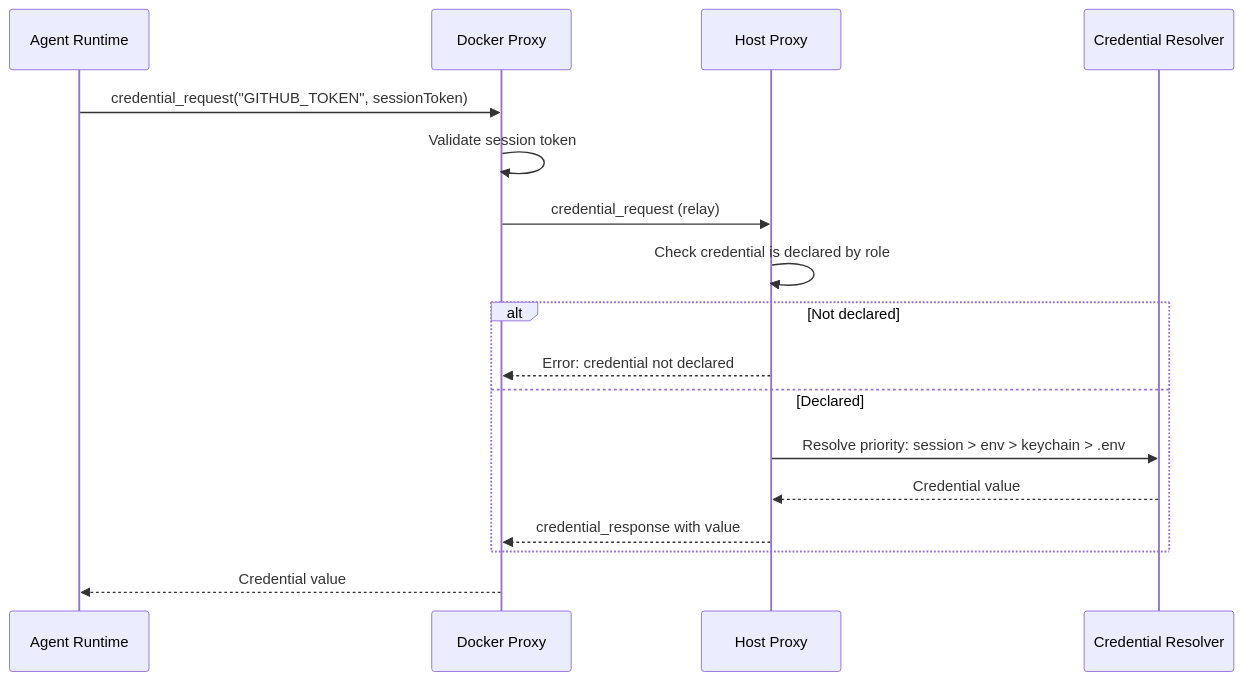
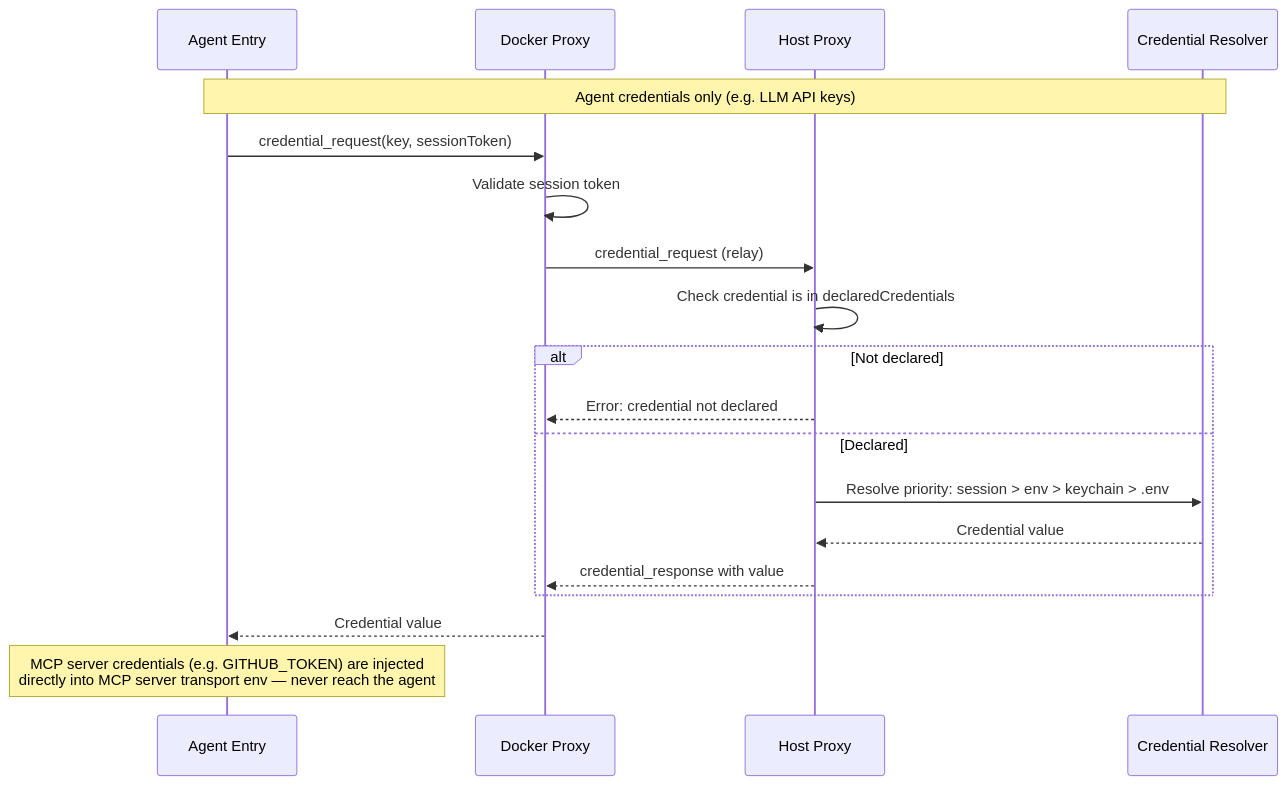
One commit to clawmasons/mason changed the sixth of 7 diagrams in docs/architecture.md. Above: the diagram before and after it, drawn with Mermaid. The commit also changed other lines of this file and 1 other file, not shown here.

Commit message:
update architecture

````diff
--- a/docs/architecture.md
+++ b/docs/architecture.md
@@ -124,23 +163,27 @@
 ```mermaid
 sequenceDiagram
-    participant Agent as Agent Runtime
+    participant AE as Agent Entry
     participant Proxy as Docker Proxy
     participant HP as Host Proxy
     participant Resolver as Credential Resolver
 
-    Agent->>Proxy: credential_request("GITHUB_TOKEN", sessionToken)
+    Note over AE, Resolver: Agent credentials only (e.g. LLM API keys)
+
+    AE->>Proxy: credential_request(key, sessionToken)
     Proxy->>Proxy: Validate session token
     Proxy->>HP: credential_request (relay)
 
-    HP->>HP: Check credential is declared by role
+    HP->>HP: Check credential is in declaredCredentials
 
     alt Not declared
         HP-->>Proxy: Error: credential not declared
     else Declared
         HP->>Resolver: Resolve priority: session > env > keychain > .env
         Resolver-->>HP: Credential value
         HP-->>Proxy: credential_response with value
     end
 
-    Proxy-->>Agent: Credential value
+    Proxy-->>AE: Credential value
+
+    Note over AE: MCP server credentials (e.g. GITHUB_TOKEN) are injected<br/>directly into MCP server transport env — never reach the agent
 ```
````
